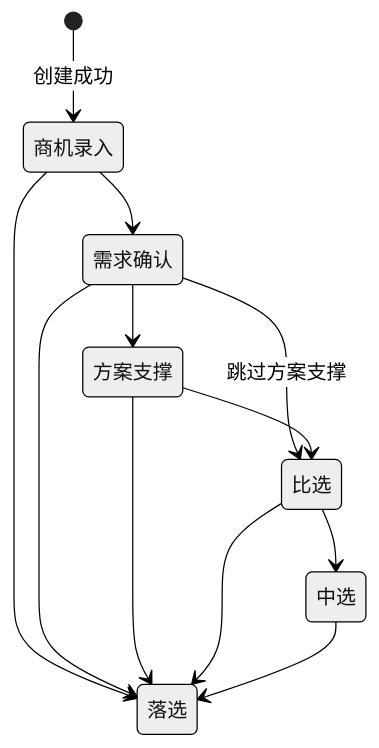
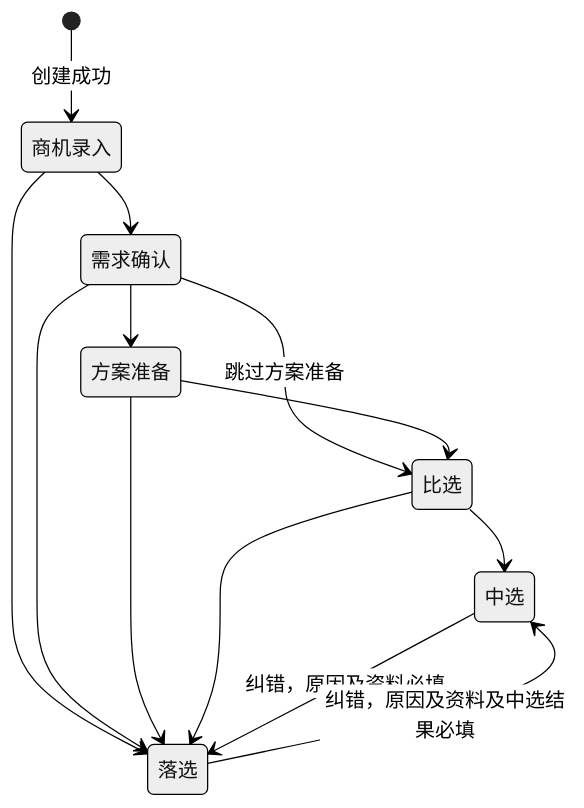
One commit to Joker-1030/Yingjia-Internal-Management-System changed the second of 4 diagrams in prd-workspace/current/user-flows/FLOW-17-M12-sales-opportunity.md. Above: the diagram before and after it, drawn with Mermaid (neutral theme). The commit also changed other lines of this file and 63 other files, not shown here.

````diff
--- a/prd-workspace/current/user-flows/FLOW-17-M12-sales-opportunity.md
+++ b/prd-workspace/current/user-flows/FLOW-17-M12-sales-opportunity.md
@@ -35,14 +37,15 @@
 ```mermaid
 stateDiagram-v2
     [*] --> 商机录入: 创建成功
     商机录入 --> 需求确认
-    需求确认 --> 方案支撑
-    需求确认 --> 比选: 跳过方案支撑
-    方案支撑 --> 比选
+    需求确认 --> 方案准备
+    需求确认 --> 比选: 跳过方案准备
+    方案准备 --> 比选
     比选 --> 中选
     商机录入 --> 落选
     需求确认 --> 落选
-    方案支撑 --> 落选
+    方案准备 --> 落选
     比选 --> 落选
-    中选 --> 落选
+    中选 --> 落选: 纠错，原因及资料必填
+    落选 --> 中选: 纠错，原因及资料及中选结果必填
 ```
````
